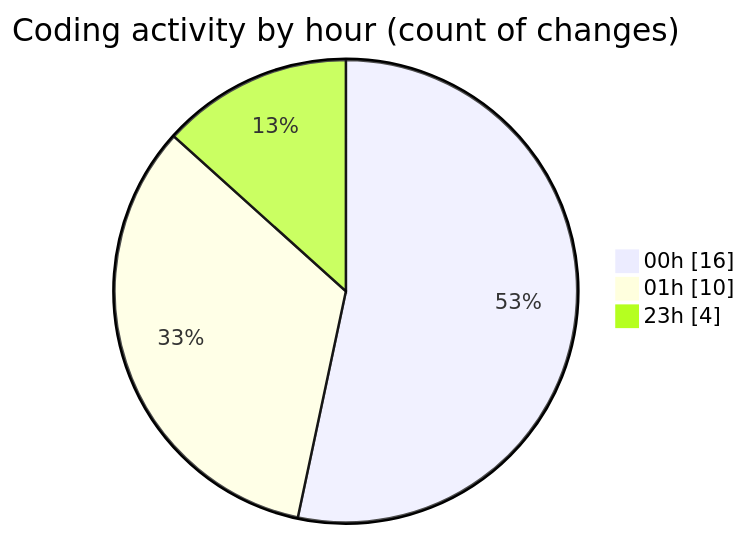
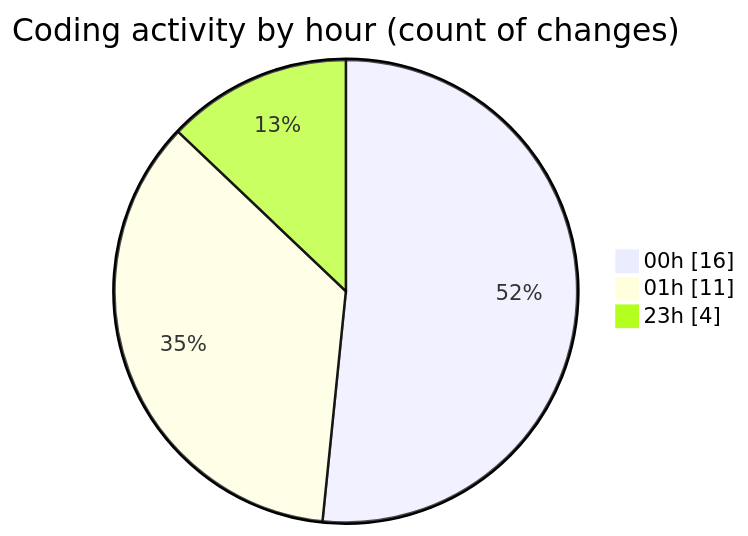
The second of 2 diagrams in 2025-11-23/eventscop-frontend-guide__workspace_/README.md (julien-gomy/code-tracking), drawn with Mermaid before and after one commit. The commit also changed other lines of this file and 1 other file, not shown here.

````diff
--- a/2025-11-23/eventscop-frontend-guide__workspace_/README.md
+++ b/2025-11-23/eventscop-frontend-guide__workspace_/README.md
@@ -39,7 +41,7 @@
 ```mermaid
 pie showData
 title Coding activity by hour (count of changes)
 "00h" : 16
-"01h" : 10
+"01h" : 11
 "23h" : 4
 ```
````
